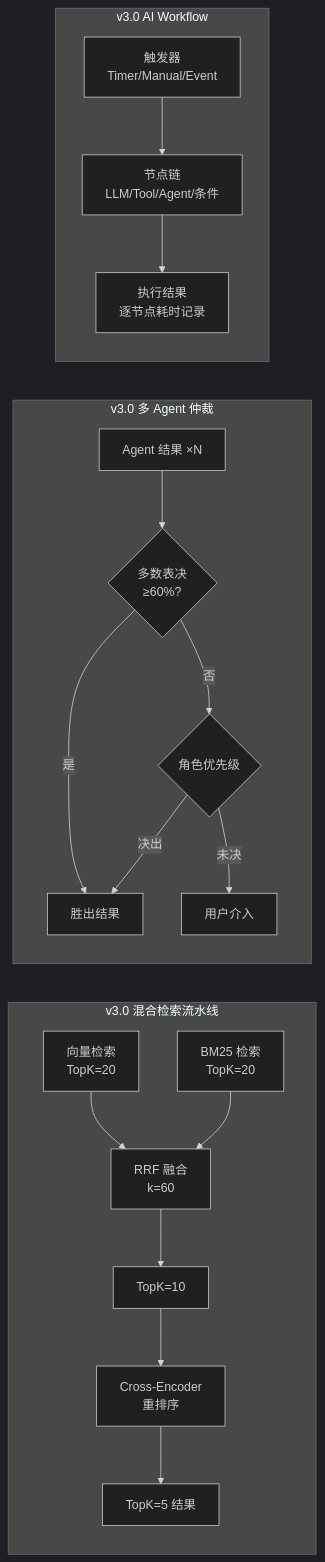
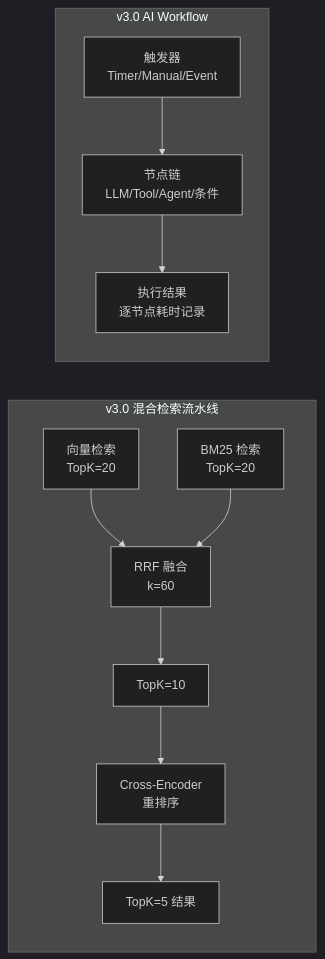
Before and after one commit to luosicx/Aether: the seventh of 22 diagrams in doc/ARCHITECTURE.md, drawn with Mermaid (dark theme). The commit also changed other lines of this file and 56 other files, not shown here.

````diff
--- a/doc/ARCHITECTURE.md
+++ b/doc/ARCHITECTURE.md
@@ -430,23 +428,15 @@
 ```mermaid
 flowchart LR
     subgraph HybridRAG["v3.0 混合检索流水线"]
         V["向量检索<br/>TopK=20"] --> RRF["RRF 融合<br/>k=60"]
         B["BM25 检索<br/>TopK=20"] --> RRF
         RRF --> TOP10["TopK=10"]
         TOP10 --> CE["Cross-Encoder<br/>重排序"]
         CE --> OUT["TopK=5 结果"]
     end
 
-    subgraph AgentArb["v3.0 多 Agent 仲裁"]
-        A1["Agent 结果 ×N"] --> MAJ{多数表决<br/>≥60%?}
-        MAJ -- 是 --> WIN["胜出结果"]
-        MAJ -- 否 --> PRIO{角色优先级}
-        PRIO -- 决出 --> WIN
-        PRIO -- 未决 --> USER["用户介入"]
-    end
-
     subgraph WF["v3.0 AI Workflow"]
         TRG["触发器<br/>Timer/Manual/Event"] --> NODE["节点链<br/>LLM/Tool/Agent/条件"]
         NODE --> RES["执行结果<br/>逐节点耗时记录"]
     end
 ```
````
